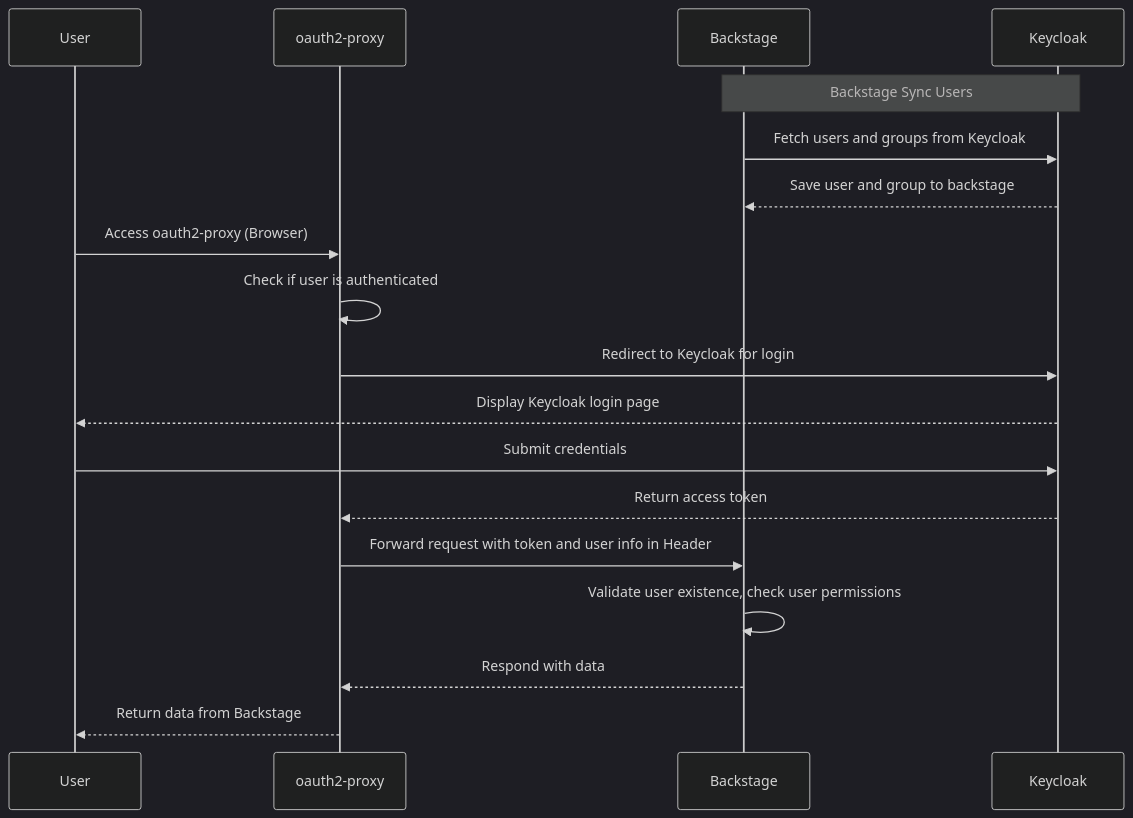
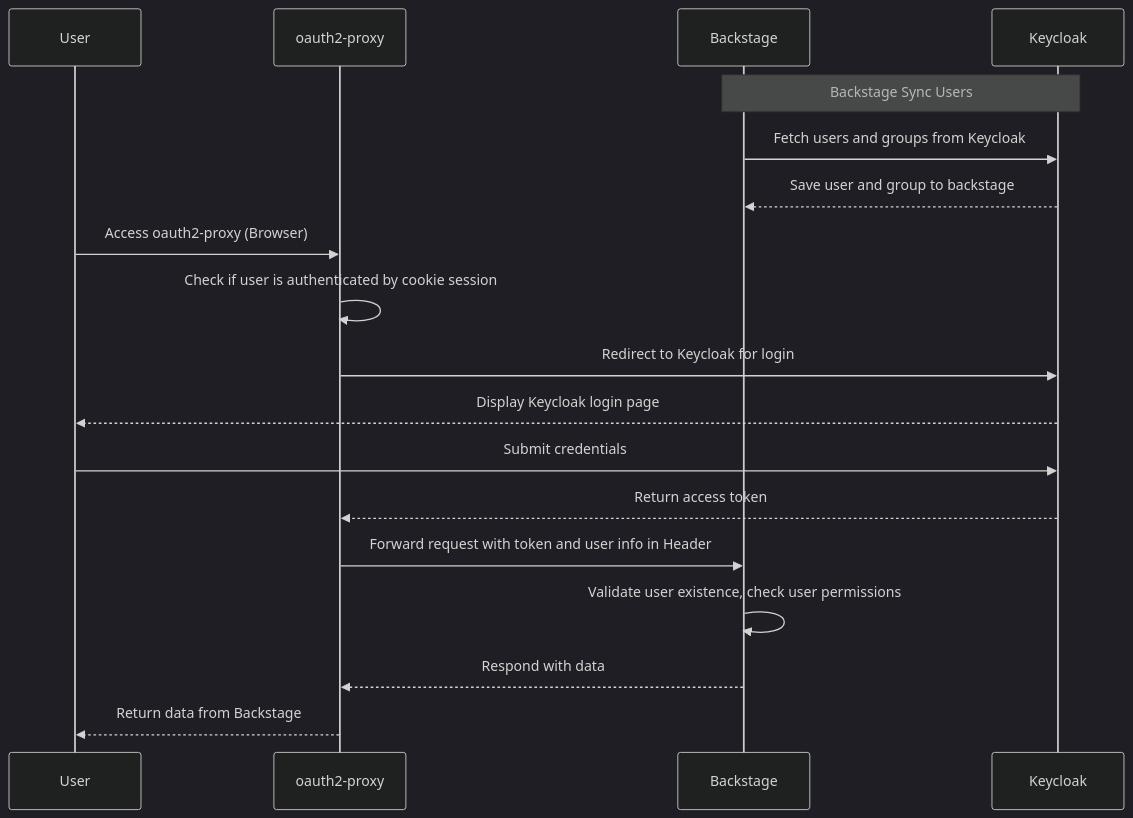
Before and after one commit to xlabs-club/xlabs-club.github.io: the diagram in content/blog/backstage-oauth2-proxy-keycloak.md, drawn with Mermaid (dark theme). The commit also changed other lines of this file and 1 other file, not shown here.

````diff
--- a/content/blog/backstage-oauth2-proxy-keycloak.md
+++ b/content/blog/backstage-oauth2-proxy-keycloak.md
@@ -52,23 +54,23 @@
 ```mermaid
 sequenceDiagram
     participant User as User
     participant proxy as oauth2-proxy
     participant Backstage as Backstage
     participant Keycloak as Keycloak
 
     Note over Backstage,Keycloak: Backstage Sync Users
     Backstage->>Keycloak: Fetch users and groups from Keycloak
     Keycloak-->>Backstage: Save user and group to backstage
 
     User->>proxy: Access oauth2-proxy (Browser)
-    proxy->>proxy: Check if user is authenticated
+    proxy->>proxy: Check if user is authenticated by cookie session
     proxy->>Keycloak: Redirect to Keycloak for login
     Keycloak-->>User: Display Keycloak login page
     User->>Keycloak: Submit credentials
     Keycloak-->>proxy: Return access token
     proxy->>Backstage: Forward request with token and user info in Header
     Backstage->>Backstage: Validate user existence, check user permissions
     Backstage-->>proxy: Respond with data
     proxy-->>User: Return data from Backstage
 
 ```
````
